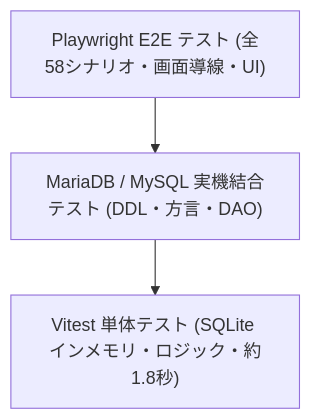
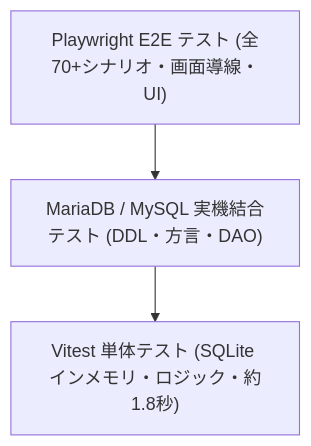
One commit to knzfujii/EPGDeck changed the diagram in docs/dev/testing.md. Above: the diagram before and after it, drawn with Mermaid. The commit also changed other lines of this file and 19 other files, not shown here.

````diff
--- a/docs/dev/testing.md
+++ b/docs/dev/testing.md
@@ -11,9 +11,9 @@
 ```mermaid
 graph TD
-    E2E["Playwright E2E テスト (全58シナリオ・画面導線・UI)"]
+    E2E["Playwright E2E テスト (全70+シナリオ・画面導線・UI)"]
     Integration["MariaDB / MySQL 実機結合テスト (DDL・方言・DAO)"]
     Unit["Vitest 単体テスト (SQLite インメモリ・ロジック・約1.8秒)"]
 
     E2E --> Integration
     Integration --> Unit
 ```
````
